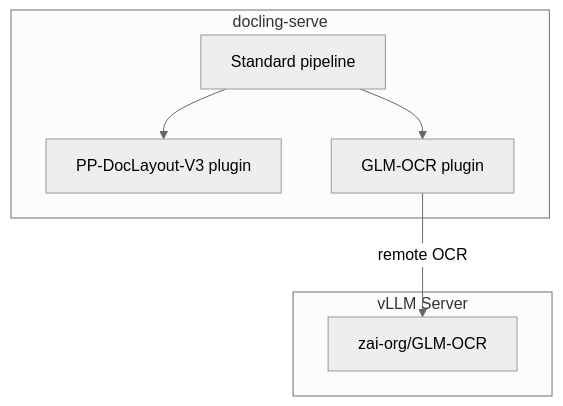
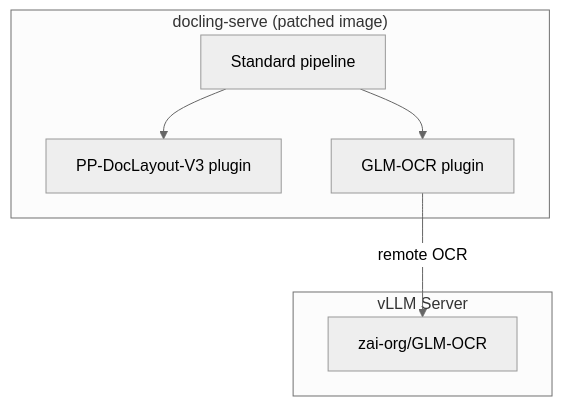
Before and after one commit to DCC-BS/bentoml-ocr: the diagram in README.md, drawn with Mermaid (neutral theme). The commit also changed other lines of this file and 15 other files, not shown here.

````diff
--- a/README.md
+++ b/README.md
@@ -18,16 +22,16 @@
 ```mermaid
 flowchart TD
-    subgraph doclingServe [docling-serve]
+    subgraph doclingServe ["docling-serve (patched image)"]
         STD["Standard pipeline"]
         LP["PP-DocLayout-V3 plugin"]
         OP["GLM-OCR plugin"]
         STD --> LP
         STD --> OP
     end
 
     subgraph vllmServer [vLLM Server]
         GLMOCR["zai-org/GLM-OCR"]
     end
 
     OP -- "remote OCR" --> GLMOCR
 ```
````
